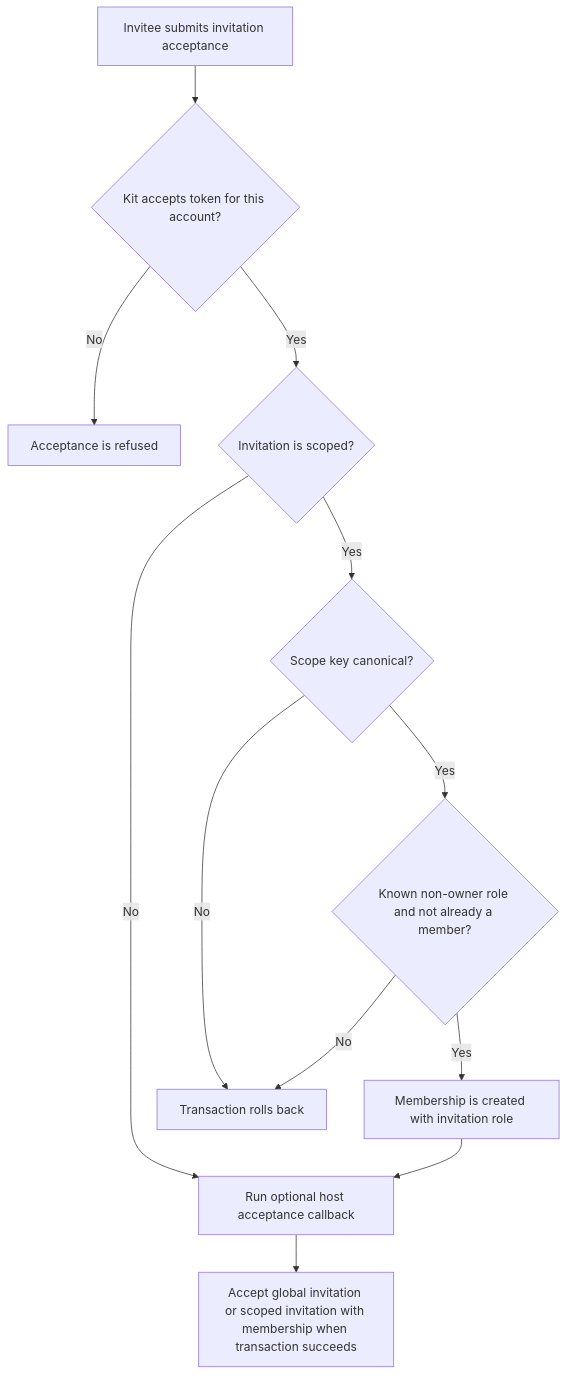
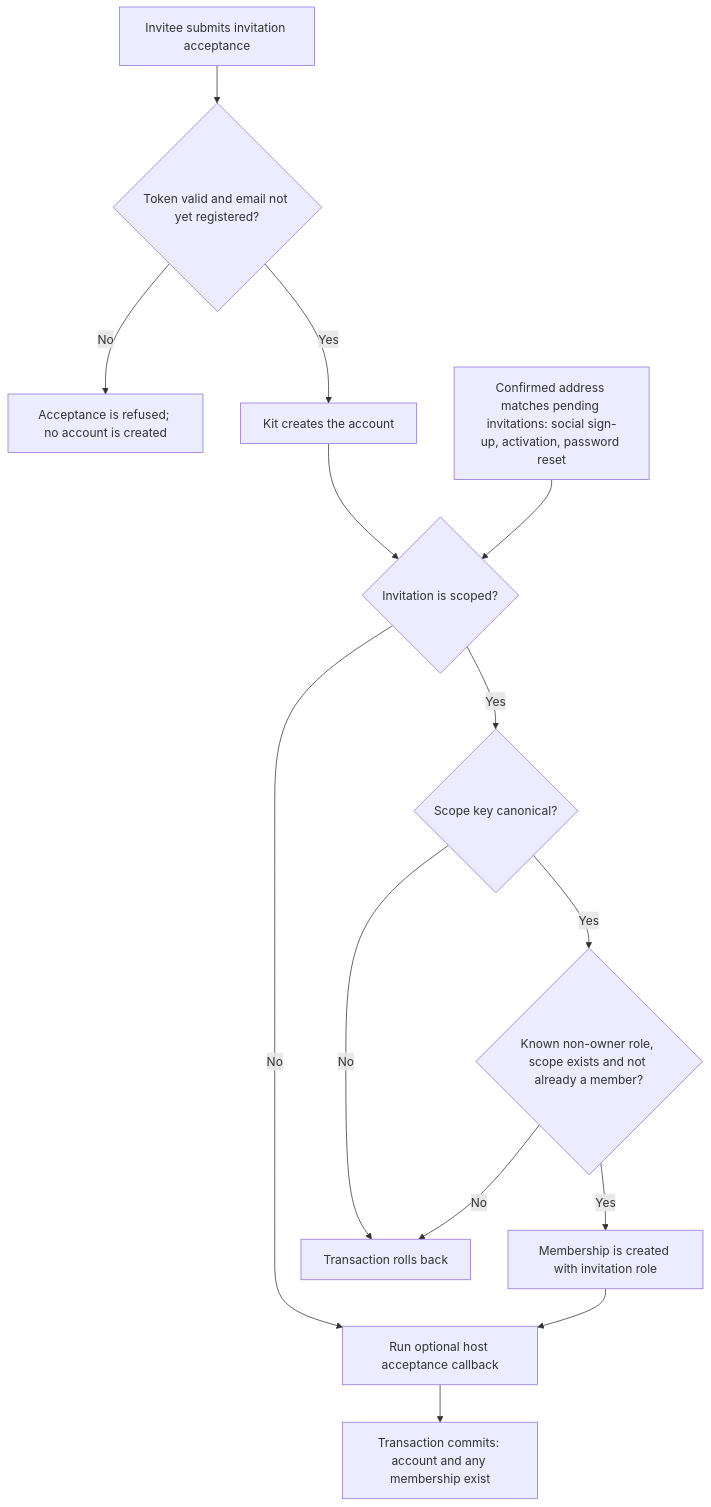
Before and after one commit to Kevinjohn/oss-adonisjs-access-control: the first of 2 diagrams in user-stories/US-ACCESS-10-accept-invitation.md, drawn with Mermaid. The commit also changed other lines of this file and 19 other files, not shown here.

````diff
--- a/user-stories/US-ACCESS-10-accept-invitation.md
+++ b/user-stories/US-ACCESS-10-accept-invitation.md
@@ -20,14 +21,16 @@
 ```mermaid
 flowchart TD
-    A["Invitee submits invitation acceptance"] --> B{"Kit accepts token for this account?"}
-    B -->|No| C["Acceptance is refused"]
-    B -->|Yes| D{"Invitation is scoped?"}
+    A["Invitee submits invitation acceptance"] --> B{"Token valid and email not yet registered?"}
+    B -->|No| C["Acceptance is refused; no account is created"]
+    B -->|Yes| B2["Kit creates the account"]
+    B2 --> D{"Invitation is scoped?"}
+    M["Confirmed address matches pending invitations: social sign-up, activation, password reset"] --> D
     D -->|No| I["Run optional host acceptance callback"]
     D -->|Yes| F{"Scope key canonical?"}
     F -->|No| G["Transaction rolls back"]
-    F -->|Yes| H{"Known non-owner role and not already a member?"}
+    F -->|Yes| H{"Known non-owner role, scope exists and not already a member?"}
     H -->|No| G
     H -->|Yes| J["Membership is created with invitation role"]
     J --> I
-    I --> K["Accept global invitation or scoped invitation with membership when transaction succeeds"]
+    I --> K["Transaction commits: account and any membership exist"]
 ```
````
